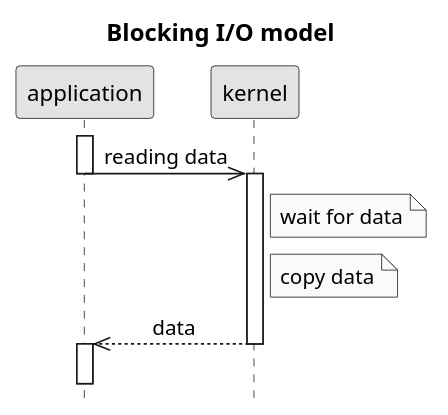
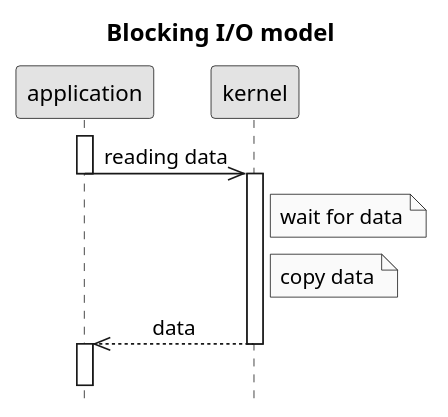
One commit to c0p4c4b4n4/demo-sockets-io-nio-nio2 changed the diagram in .images/blocking IO model.puml. Above: the diagram before and after it, drawn with PlantUML. The commit also changed 4 other files, not shown here.

```diff
--- a/.images/blocking IO model.puml
+++ b/.images/blocking IO model.puml
@@ -1,19 +1,19 @@
 @startuml
 title Blocking I/O model
 hide footbox
 skinparam monochrome true
 skinparam defaultFontName Microsoft Sans Serif
 skinparam titleFontSize 15
 skinparam sequenceMessageAlign center
 activate application
 application->>kernel: reading data
 deactivate application
 activate kernel
 Note right of kernel: wait for data
 Note right of kernel: copy data
 kernel-->>application: data
 deactivate kernel
 activate application
-||2||
+||3||
 kernel -[#white]->]
 @enduml
```
